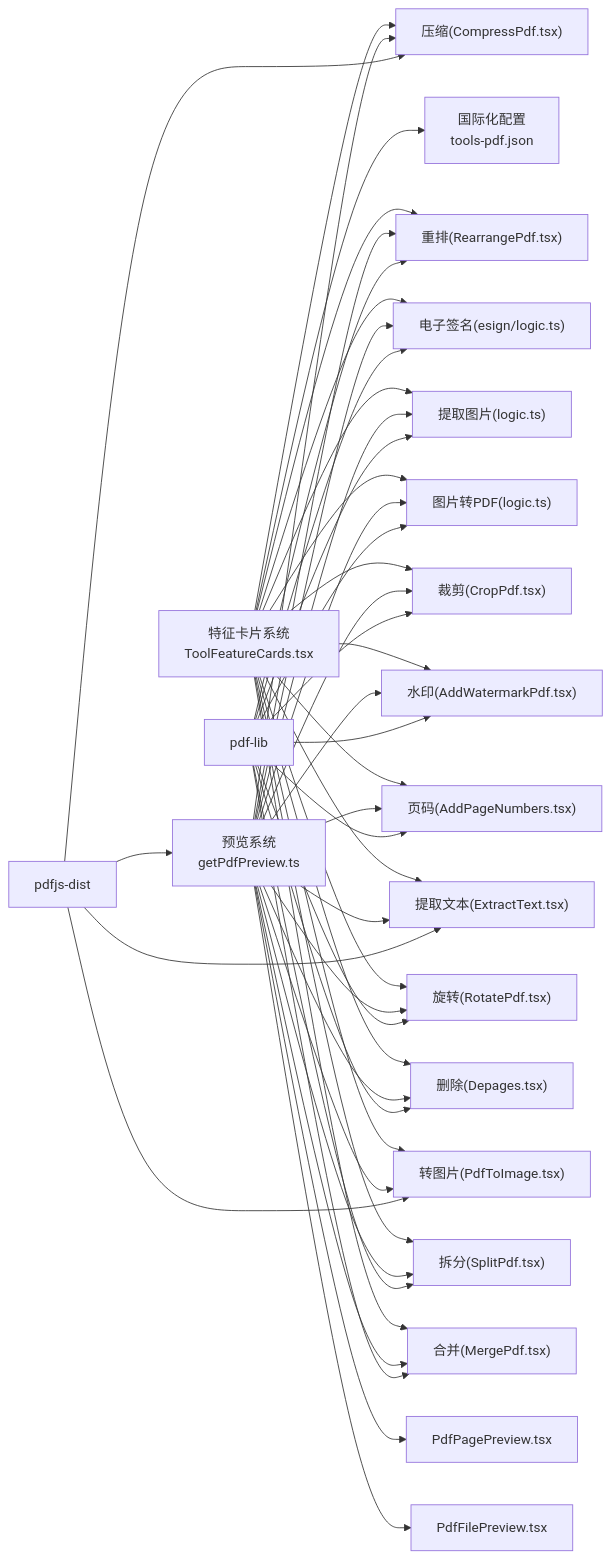
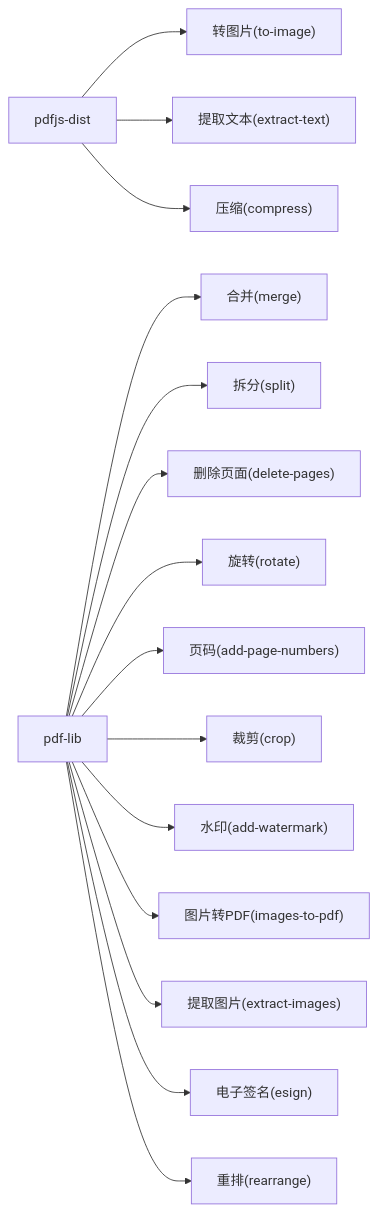
The third of 3 diagrams in .qoder/repowiki/zh/content/PDF工具/PDF工具.md (sgyy/privadeck), drawn with Mermaid before and after one commit. The commit also changed other lines of this file and 48 other files, not shown here.

````diff
--- a/.qoder/repowiki/zh/content/PDF工具/PDF工具.md
+++ b/.qoder/repowiki/zh/content/PDF工具/PDF工具.md
@@ -538,49 +326,17 @@
 ```mermaid
 graph LR
-PREVIEW["预览系统<br/>getPdfPreview.ts"] --> FILEPREV["PdfFilePreview.tsx"]
-PREVIEW --> PAGEPREV["PdfPagePreview.tsx"]
-FEATURE["特征卡片系统<br/>ToolFeatureCards.tsx"] --> I18N["国际化配置<br/>tools-pdf.json"]
-FEATURE --> MERGE["合并(MergePdf.tsx)"]
-FEATURE --> SPLIT["拆分(SplitPdf.tsx)"]
-FEATURE --> DELETE["删除(Depages.tsx)"]
-FEATURE --> T2I["转图片(PdfToImage.tsx)"]
-FEATURE --> ROTATE["旋转(RotatePdf.tsx)"]
-FEATURE --> PAGENUM["页码(AddPageNumbers.tsx)"]
-FEATURE --> EXTRACT["提取文本(ExtractText.tsx)"]
-FEATURE --> COMPRESS["压缩(CompressPdf.tsx)"]
-FEATURE --> WATERMARK["水印(AddWatermarkPdf.tsx)"]
-FEATURE --> CROP["裁剪(CropPdf.tsx)"]
-FEATURE --> IMG2PDF["图片转PDF(logic.ts)"]
-FEATURE --> EXTRACTIMG["提取图片(logic.ts)"]
-FEATURE --> ESIGN["电子签名(esign/logic.ts)"]
-FEATURE --> REARRANGE["重排(RearrangePdf.tsx)"]
-PREVIEW --> MERGE
-PREVIEW --> SPLIT
-PREVIEW --> DELETE
-PREVIEW --> T2I
-PREVIEW --> ROTATE
-PREVIEW --> PAGENUM
-PREVIEW --> EXTRACT
-PREVIEW --> COMPRESS
-PREVIEW --> WATERMARK
-PREVIEW --> CROP
-PREVIEW --> IMG2PDF
-PREVIEW --> EXTRACTIMG
-PREVIEW --> ESIGN
-PREVIEW --> REARRANGE
-PJ["pdfjs-dist"] --> PREVIEW
-PJ --> T2I
-PJ --> EXTRACT
-PJ --> COMPRESS
-PL["pdf-lib"] --> MERGE
-PL --> SPLIT
-PL --> DELETE
-PL --> ROTATE
-PL --> PAGENUM
-PL --> CROP
-PL --> WATERMARK
-PL --> IMG2PDF
-PL --> EXTRACTIMG
-PL --> ESIGN
-PL --> REARRANGE
+PJ["pdfjs-dist"] --> T2I["转图片(to-image)"]
+PJ --> ET["提取文本(extract-text)"]
+PJ --> CMP["压缩(compress)"]
+PL["pdf-lib"] --> M["合并(merge)"]
+PL --> S["拆分(split)"]
+PL --> DP["删除页面(delete-pages)"]
+PL --> R["旋转(rotate)"]
+PL --> PN["页码(add-page-numbers)"]
+PL --> CR["裁剪(crop)"]
+PL --> WM["水印(add-watermark)"]
+PL --> I2P["图片转PDF(images-to-pdf)"]
+PL --> EI["提取图片(extract-images)"]
+PL --> ESIGN["电子签名(esign)"]
+PL --> RE["重排(rearrange)"]
 ```
````
